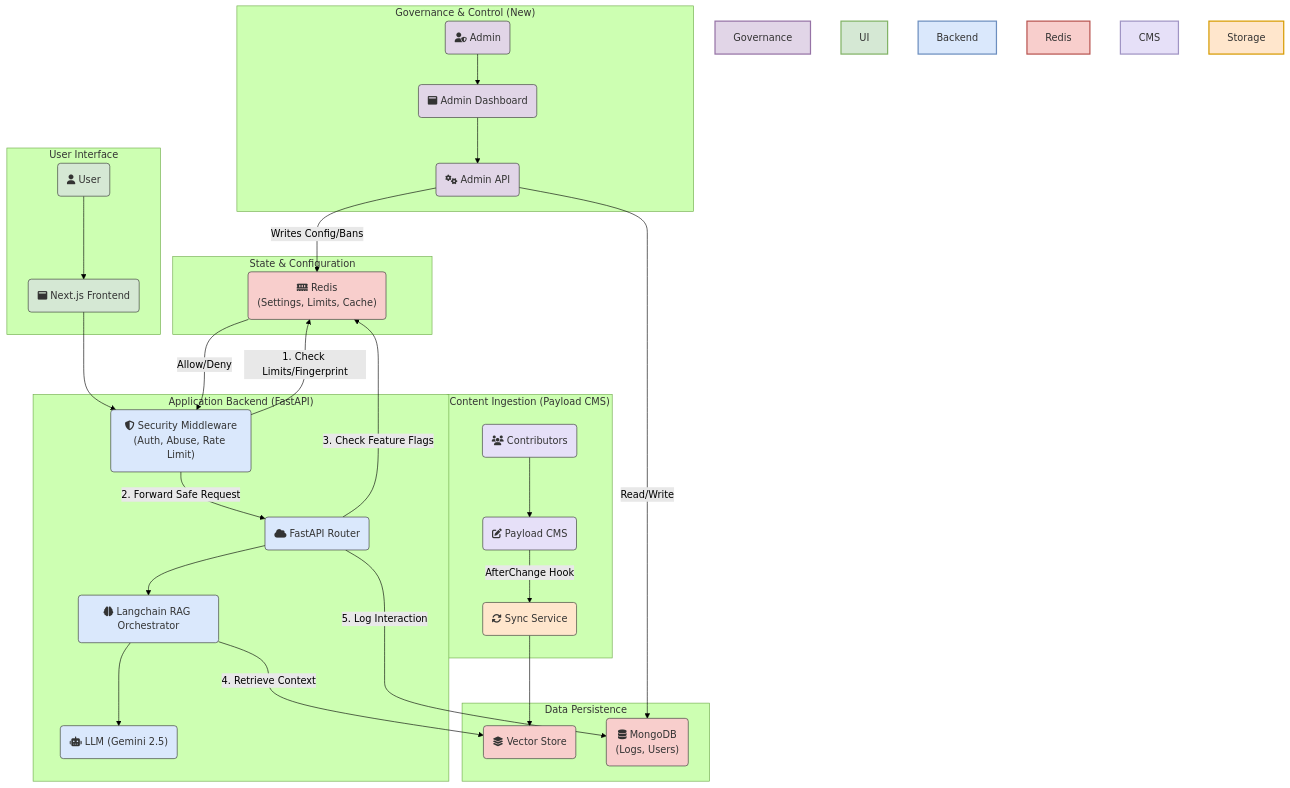
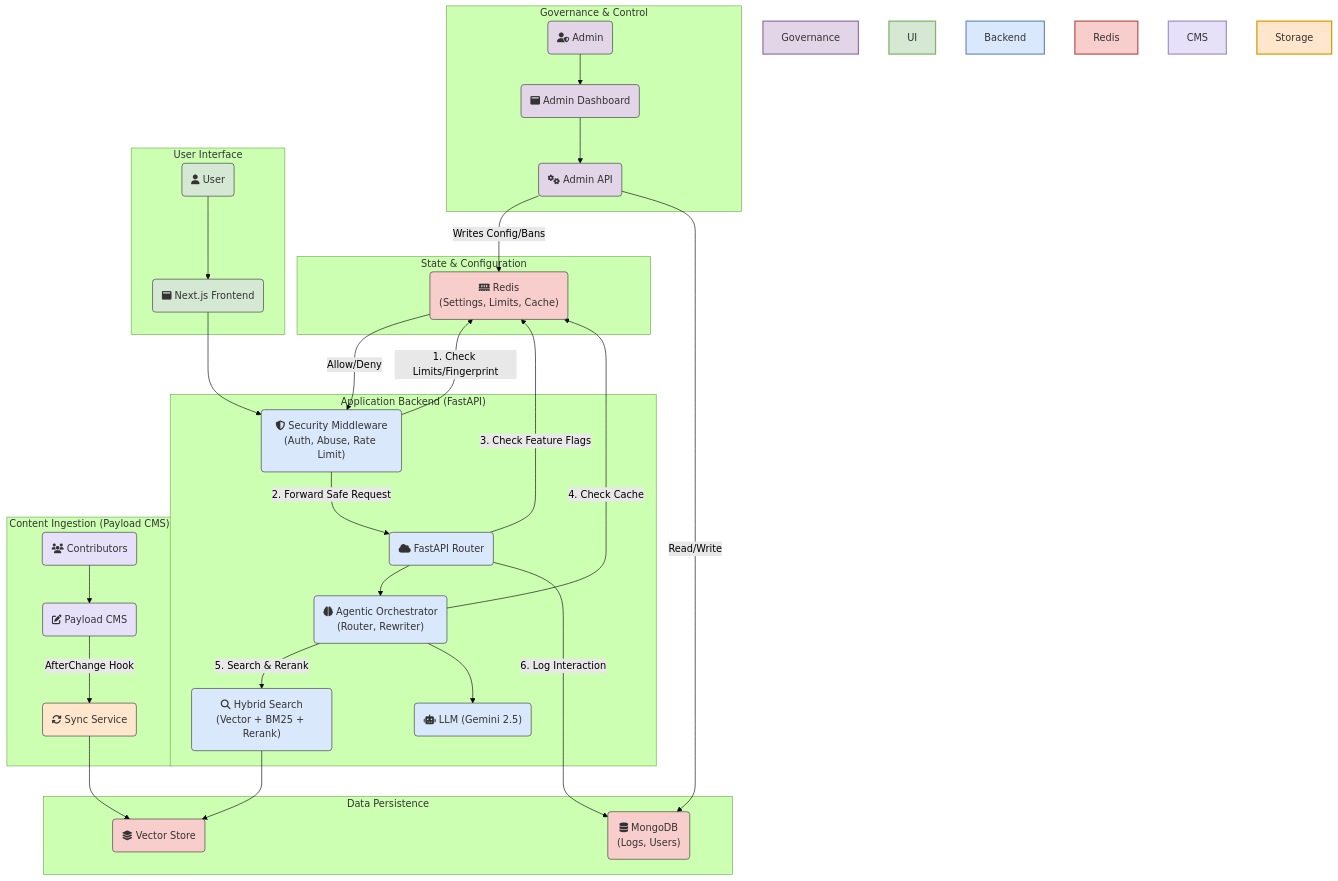
The diagram in README.md (IndigoNakamoto/Litecoin-Knowledge-Hub), drawn with Mermaid (forest theme) before and after one commit. The commit also changed other lines of this file and 2 other files, not shown here.

````diff
--- a/README.md
+++ b/README.md
@@ -90,7 +108,7 @@
     %% Node Definitions
     %% -------------------
 
-    subgraph "Governance & Control (New)"
+    subgraph "Governance & Control"
         style Governance fill:#E1D5E7,stroke:#9673A6,color:#333,stroke-width:2px
         ADMIN_USER("fa:fa-user-shield Admin"):::adminStyle
         ADMIN_FE("fa:fa-window-maximize Admin Dashboard"):::adminStyle
@@ -107,7 +125,8 @@
         style Backend fill:#DAE8FC,stroke:#6C8EBF,color:#333,stroke-width:2px
         MW("fa:fa-shield-alt Security Middleware\n(Auth, Abuse, Rate Limit)"):::backendStyle
         API("fa:fa-cloud FastAPI Router"):::backendStyle
-        RAG("fa:fa-brain Langchain RAG Orchestrator"):::backendStyle
+        RAG("fa:fa-brain Agentic Orchestrator\n(Router, Rewriter)"):::backendStyle
+        RETRIEVER("fa:fa-search Hybrid Search\n(Vector + BM25 + Rerank)"):::backendStyle
         LLM("fa:fa-robot LLM (Gemini 2.5)"):::backendStyle
     end
 
@@ -133,13 +152,13 @@
     %% Connection Definitions
     %% -------------------
 
-    %% Flow 1: Governance (The Control Loop)
+    %% Flow 1: Governance
     ADMIN_USER --> ADMIN_FE
     ADMIN_FE --> ADMIN_API
     ADMIN_API -- "Writes Config/Bans" --> REDIS
     ADMIN_API -- "Read/Write" --> MONGO
 
-    %% Flow 2: User Query (The Application Loop)
+    %% Flow 2: User Query (Agentic RAG)
     U --> FE
     FE --> MW
     MW -- "1. Check Limits/Fingerprint" --> REDIS
@@ -147,11 +166,13 @@
     MW -- "2. Forward Safe Request" --> API
     API -- "3. Check Feature Flags" --> REDIS
     API --> RAG
-    RAG -- "4. Retrieve Context" --> VDB
+    RAG -- "4. Check Cache" --> REDIS
+    RAG -- "5. Search & Rerank" --> RETRIEVER
+    RETRIEVER --> VDB
     RAG --> LLM
-    API -- "5. Log Interaction" --> MONGO
+    API -- "6. Log Interaction" --> MONGO
 
-    %% Flow 3: Content (The Data Loop)
+    %% Flow 3: Content
     AUTHORS --> PAYLOAD
     PAYLOAD -- "AfterChange Hook" --> SYNC
     SYNC --> VDB
@@ -165,4 +186,5 @@
     classDef cmsStyle fill:#E6E0F8,stroke:#333,color:#333
     classDef storageStyle fill:#F8CECC,stroke:#333,color:#333
     classDef adminStyle fill:#E1D5E7,stroke:#333,color:#333
+
 ```
````
